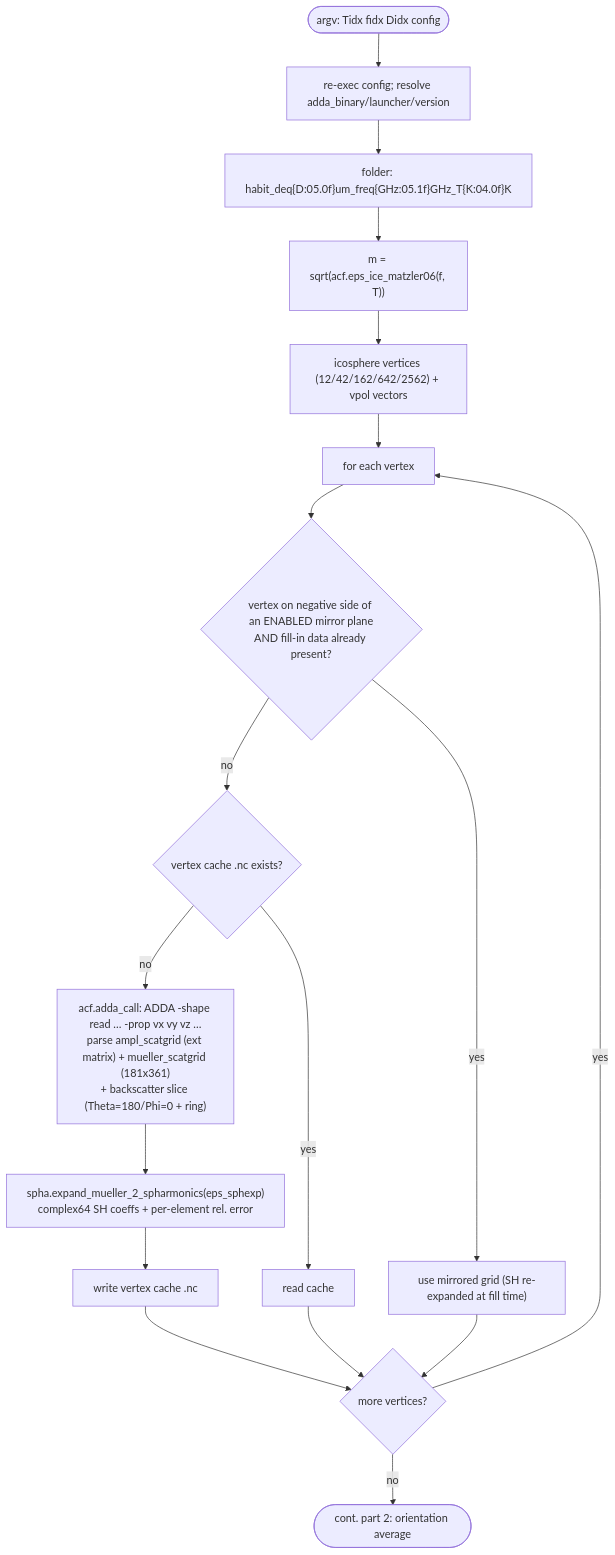
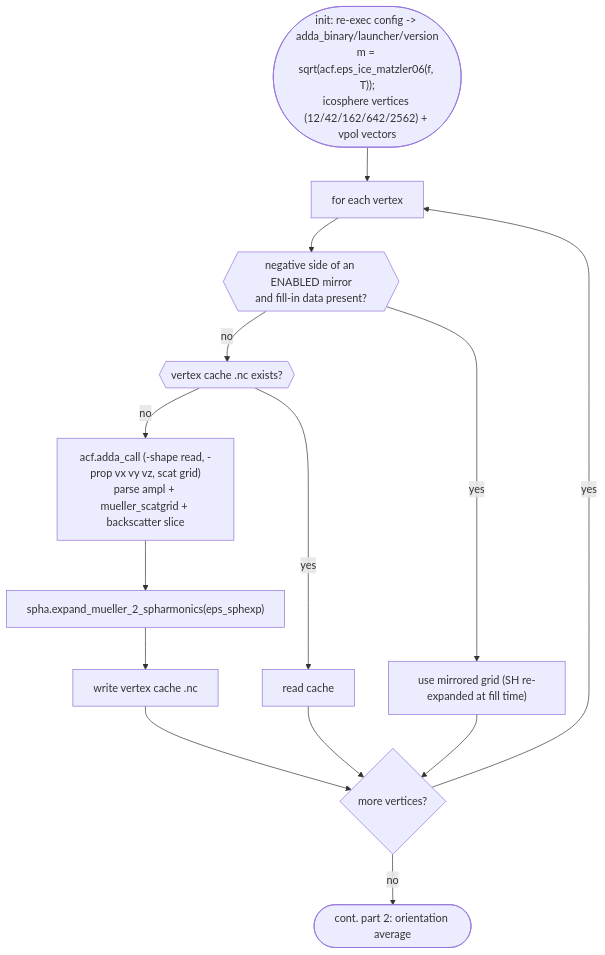
The eighth of 11 diagrams in docs/DDA-manual.md (m-brath/DDA), drawn with Mermaid before and after one commit. The commit also changed other lines of this file and 57 other files, not shown here.

````diff
--- a/docs/DDA-manual.md
+++ b/docs/DDA-manual.md
@@ -1338,18 +1351,15 @@
 ```mermaid
 flowchart TD
-    A(["argv: Tidx fidx Didx config"]) --> B["re-exec config; resolve adda_binary/launcher/version"]
-    B --> C["folder: habit_deq{D:05.0f}um_freq{GHz:05.1f}GHz_T{K:04.0f}K"]
-    C --> D["m = sqrt(acf.eps_ice_matzler06(f, T))"]
-    D --> G["icosphere vertices (12/42/162/642/2562) + vpol vectors"]
-    G --> V["for each vertex"]
-    V --> MIR{"vertex on negative side of an ENABLED mirror plane<br/>AND fill-in data already present?"}
+    INIT(["init: re-exec config -> adda_binary/launcher/version<br/>m = sqrt(acf.eps_ice_matzler06(f, T));<br/>icosphere vertices (12/42/162/642/2562) + vpol vectors"])
+    INIT --> V["for each vertex"]
+    V --> MIR{{"negative side of an ENABLED mirror<br/>and fill-in data present?"}}
     MIR -->|yes| FILL["use mirrored grid (SH re-expanded at fill time)"]
-    MIR -->|no| CACHE{"vertex cache .nc exists?"}
-    CACHE -->|no| SOLVE["acf.adda_call: ADDA -shape read … -prop vx vy vz …<br/>parse ampl_scatgrid (ext matrix) + mueller_scatgrid (181x361)<br/>+ backscatter slice (Theta=180/Phi=0 + ring)"]
-    SOLVE --> EXPAND["spha.expand_mueller_2_spharmonics(eps_sphexp)<br/>complex64 SH coeffs + per-element rel. error"]
+    MIR -->|no| CACHE{{"vertex cache .nc exists?"}}
+    CACHE -->|no| SOLVE["acf.adda_call (-shape read, -prop vx vy vz, scat grid)<br/>parse ampl + mueller_scatgrid + backscatter slice"]
+    SOLVE --> EXPAND["spha.expand_mueller_2_spharmonics(eps_sphexp)"]
     EXPAND --> W["write vertex cache .nc"]
     CACHE -->|yes| R["read cache"]
     W & R & FILL --> NEXTV{"more vertices?"}
     NEXTV -->|yes| V
     NEXTV -->|no| CONT2(["cont. part 2: orientation average"])
 ```
````
